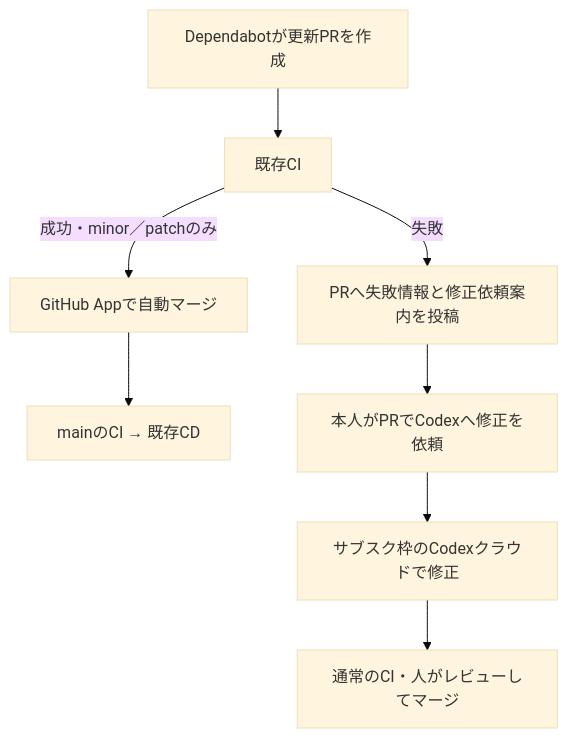
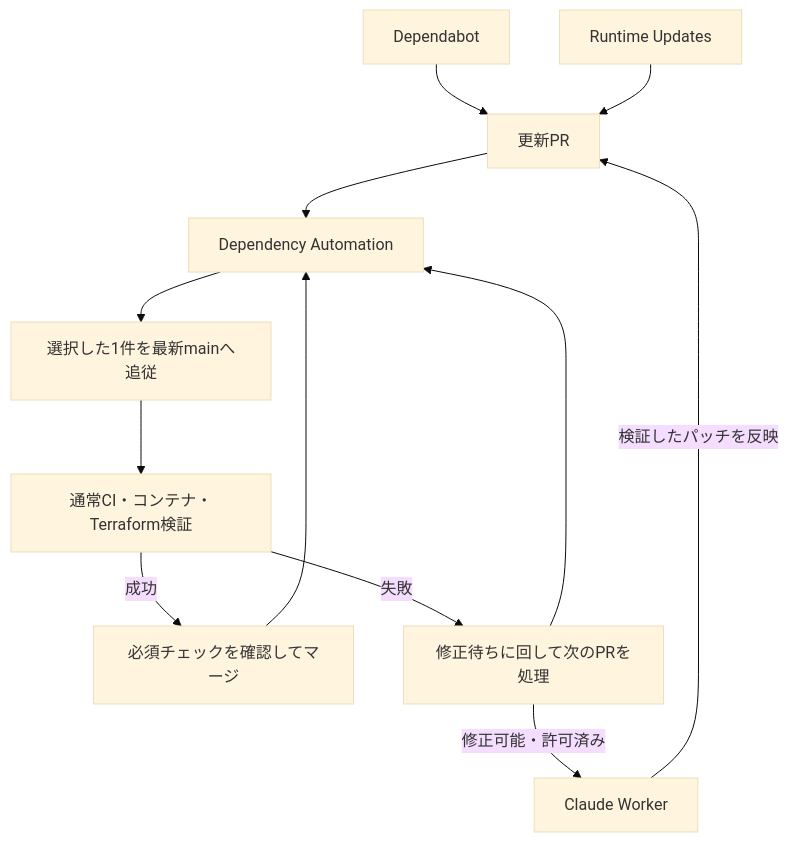
The diagram in .github/dependency-automation.md (yukiharada1228/videoq), drawn with Mermaid (base theme) before and after one commit. The commit also changed other lines of this file and 24 other files, not shown here.

````diff
--- a/.github/dependency-automation.md
+++ b/.github/dependency-automation.md
@@ -90,10 +14,14 @@
 ```mermaid
 flowchart TD
-  A[Dependabotが更新PRを作成] --> B[既存CI]
-  B -->|成功・minor／patchのみ| C[GitHub Appで自動マージ]
-  C --> D[mainのCI → 既存CD]
-  B -->|失敗| E[PRへ失敗情報と修正依頼案内を投稿]
-  E --> F[本人がPRでCodexへ修正を依頼]
-  F --> G[サブスク枠のCodexクラウドで修正]
-  G --> H[通常のCI・人がレビューしてマージ]
+  D[Dependabot] --> P[更新PR]
+  R[Runtime Updates] --> P
+  P --> C[Dependency Automation]
+  C --> S[選択した1件を最新mainへ追従]
+  S --> V[通常CI・コンテナ・Terraform検証]
+  V -->|成功| M[必須チェックを確認してマージ]
+  M --> C
+  V -->|失敗| W[修正待ちに回して次のPRを処理]
+  W --> C
+  W -->|修正可能・許可済み| A[Claude Worker]
+  A -->|検証したパッチを反映| P
 ```
````
